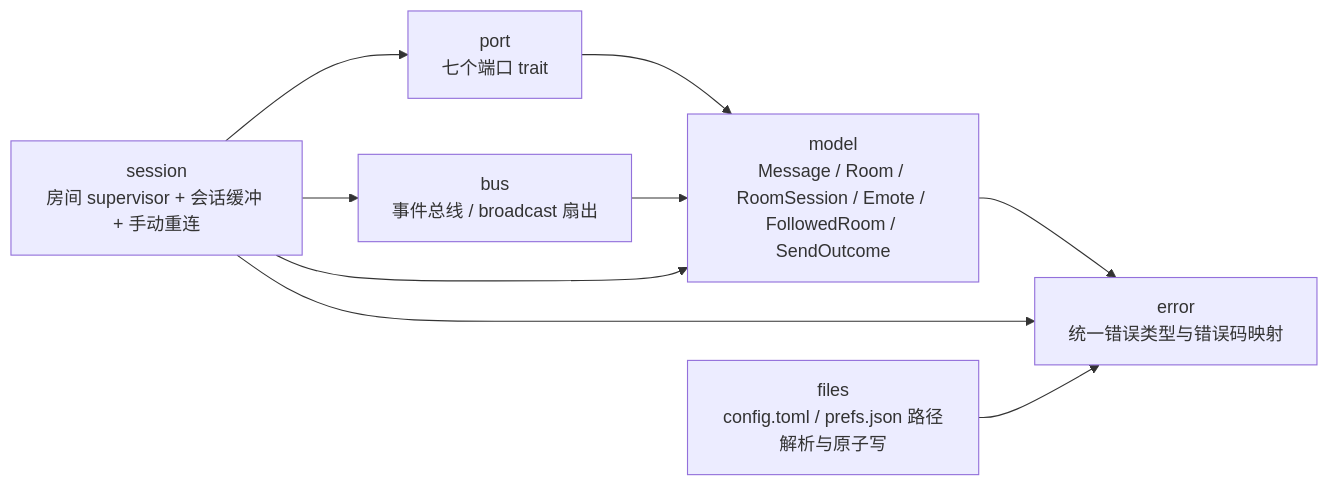
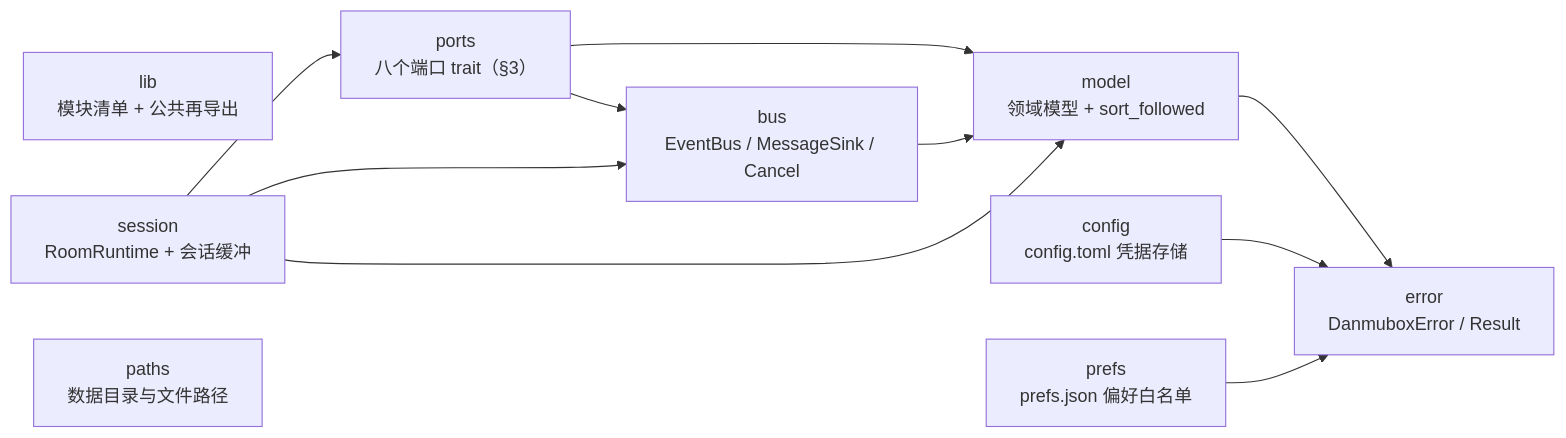
One commit to HakaseZ/danmubox changed the second of 6 diagrams in docs/architecture.md. Above: the diagram before and after it, drawn with Mermaid. The commit also changed other lines of this file and 15 other files, not shown here.

````diff
--- a/docs/architecture.md
+++ b/docs/architecture.md
@@ -69,18 +71,22 @@
 ```mermaid
 graph LR
-  error["error<br/>统一错误类型与错误码映射"]
-  model["model<br/>Message / Room / RoomSession / Emote / FollowedRoom / SendOutcome"]
-  port["port<br/>七个端口 trait"]
-  bus["bus<br/>事件总线 / broadcast 扇出"]
-  session["session<br/>房间 supervisor + 会话缓冲 + 手动重连"]
-  files["files<br/>config.toml / prefs.json 路径解析与原子写"]
+  lib["lib<br/>模块清单 + 公共再导出"]
+  error["error<br/>DanmuboxError / Result"]
+  model["model<br/>领域模型 + sort_followed"]
+  ports["ports<br/>八个端口 trait（§3）"]
+  bus["bus<br/>EventBus / MessageSink / Cancel"]
+  session["session<br/>RoomRuntime + 会话缓冲"]
+  paths["paths<br/>数据目录与文件路径"]
+  config["config<br/>config.toml 凭据存储"]
+  prefs["prefs<br/>prefs.json 偏好白名单"]
 
   model --> error
-  port --> model
+  ports --> model
+  ports --> bus
   bus --> model
-  session --> port
+  session --> ports
   session --> bus
   session --> model
-  session --> error
-  files --> error
+  config --> error
+  prefs --> error
 ```
````
